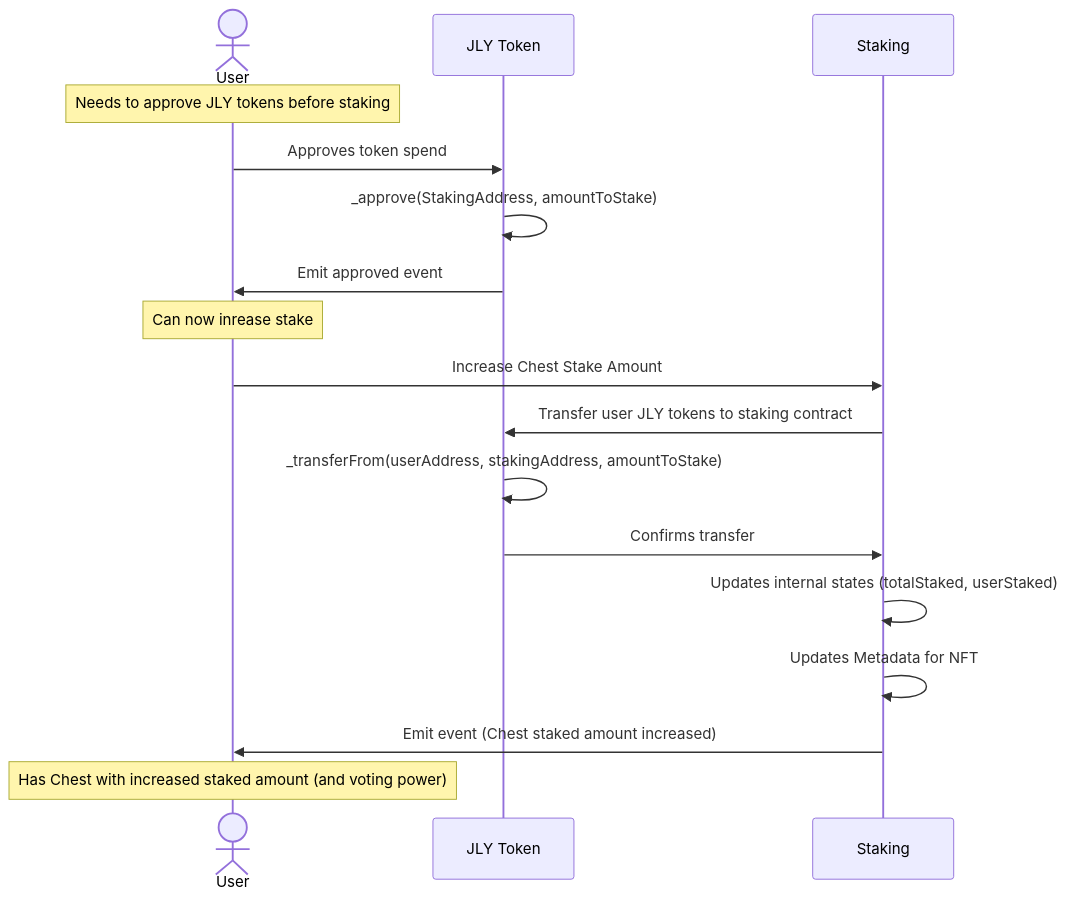
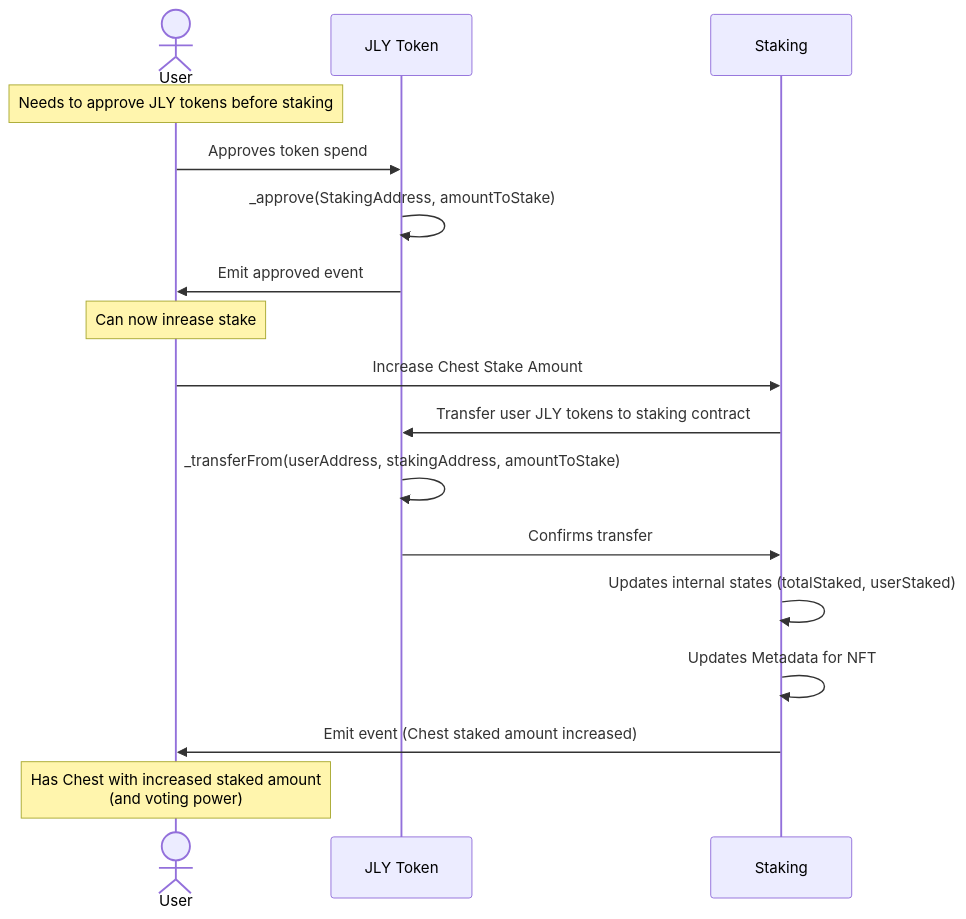
Before and after one commit to omahs/jelly-verse-contracts: the fifth of 6 diagrams in docs/StakingUml.md, drawn with Mermaid. The commit also changed other lines of this file, not shown here.

````diff
--- a/docs/StakingUml.md
+++ b/docs/StakingUml.md
@@ -119,20 +119,20 @@
 ```mermaid
 sequenceDiagram
     actor A as User
     participant B as JLY Token
     participant C as Staking
     Note over A: Needs to approve JLY tokens before staking
     A->>B: Approves token spend
     B->>B: _approve(StakingAddress, amountToStake)
     B->>A: Emit approved event 
     Note over A: Can now inrease stake
     A->>C: Increase Chest Stake Amount
     C->>B: Transfer user JLY tokens to staking contract
     B->>B: _transferFrom(userAddress, stakingAddress, amountToStake)
     B->>C: Confirms transfer
     C->>C: Updates internal states (totalStaked, userStaked)
     C->>C: Updates Metadata for NFT
     C->>A: Emit event (Chest staked amount increased)
-    Note over A: Has Chest with increased staked amount (and voting power)
+    Note over A: Has Chest with increased staked amount <br/>(and voting power)
 
 ```
````
